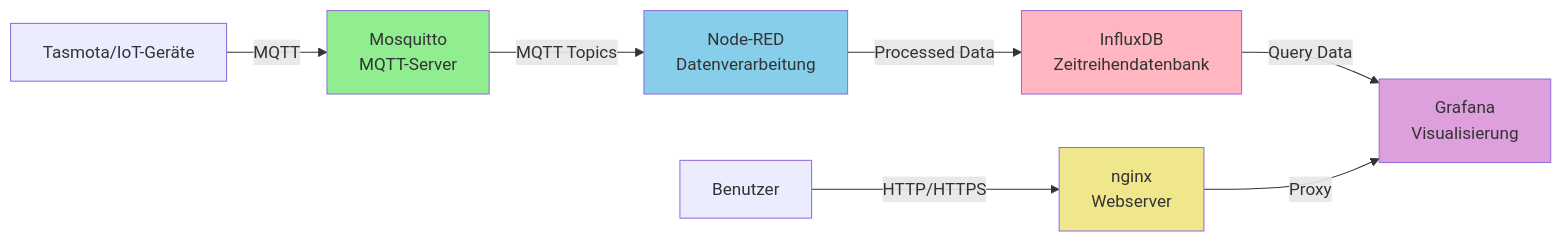
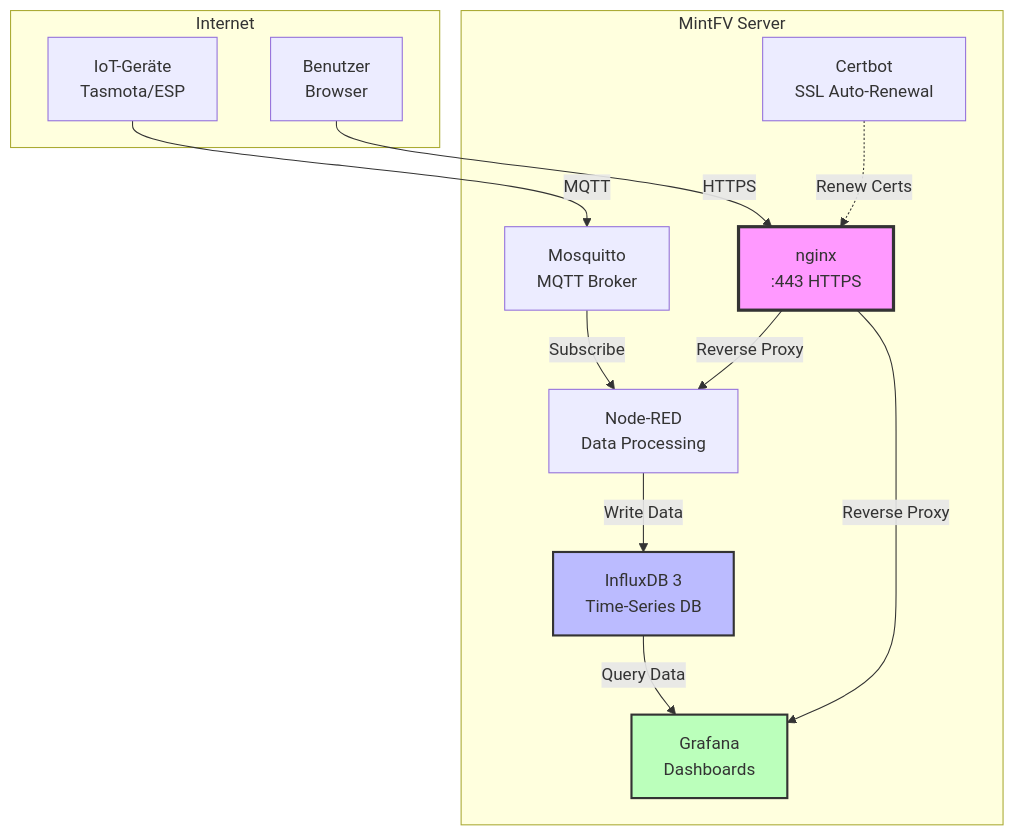
Before and after one commit to MintFV/Datenhalde: the first of 3 diagrams in README.md, drawn with Mermaid. The commit also changed other lines of this file and 1 other file, not shown here.

````diff
--- a/README.md
+++ b/README.md
@@ -16,15 +65,29 @@
 ```mermaid
-graph LR
-    A[Tasmota/IoT-Geräte] -->|MQTT| B[Mosquitto<br/>MQTT-Server]
-    B -->|MQTT Topics| C[Node-RED<br/>Datenverarbeitung]
-    C -->|Processed Data| D[InfluxDB<br/>Zeitreihendatenbank]
-    D -->|Query Data| E[Grafana<br/>Visualisierung]
-    F[Benutzer] -->|HTTP/HTTPS| G[nginx<br/>Webserver]
-    G -->|Proxy| E
+graph TB
+    subgraph Internet
+        A[IoT-Geräte<br/>Tasmota/ESP] 
+        B[Benutzer<br/>Browser]
+    end
     
-    style B fill:#90EE90
-    style C fill:#87CEEB
-    style D fill:#FFB6C1
-    style E fill:#DDA0DD
-    style G fill:#F0E68C
+    subgraph "MintFV Server"
+        C[nginx<br/>:443 HTTPS]
+        D[Certbot<br/>SSL Auto-Renewal]
+        E[Mosquitto<br/>MQTT Broker]
+        F[Node-RED<br/>Data Processing]
+        G[InfluxDB 3<br/>Time-Series DB]
+        H[Grafana<br/>Dashboards]
+    end
+    
+    A -->|MQTT| E
+    B -->|HTTPS| C
+    C -->|Reverse Proxy| H
+    C -->|Reverse Proxy| F
+    E -->|Subscribe| F
+    F -->|Write Data| G
+    G -->|Query Data| H
+    D -.->|Renew Certs| C
+    
+    style C fill:#f9f,stroke:#333,stroke-width:3px
+    style G fill:#bbf,stroke:#333,stroke-width:2px
+    style H fill:#bfb,stroke:#333,stroke-width:2px
 ```
````
